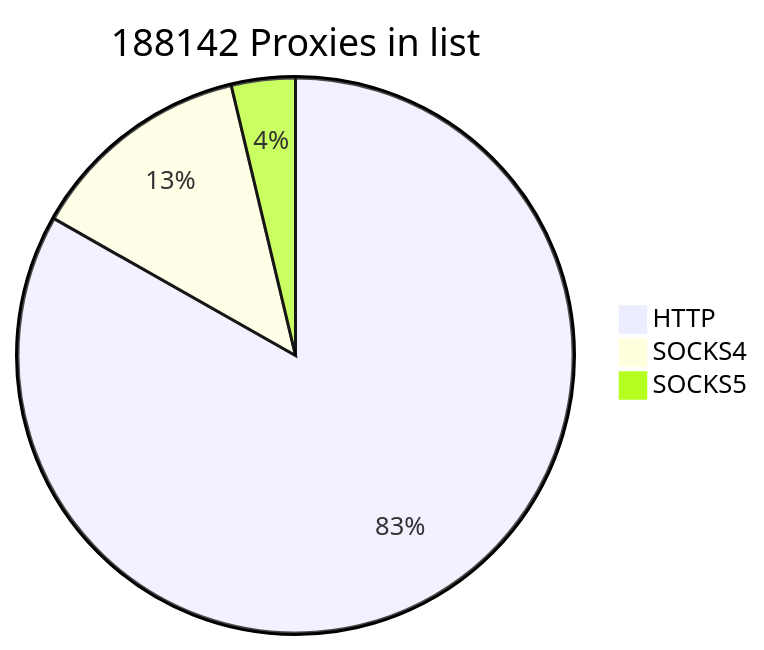
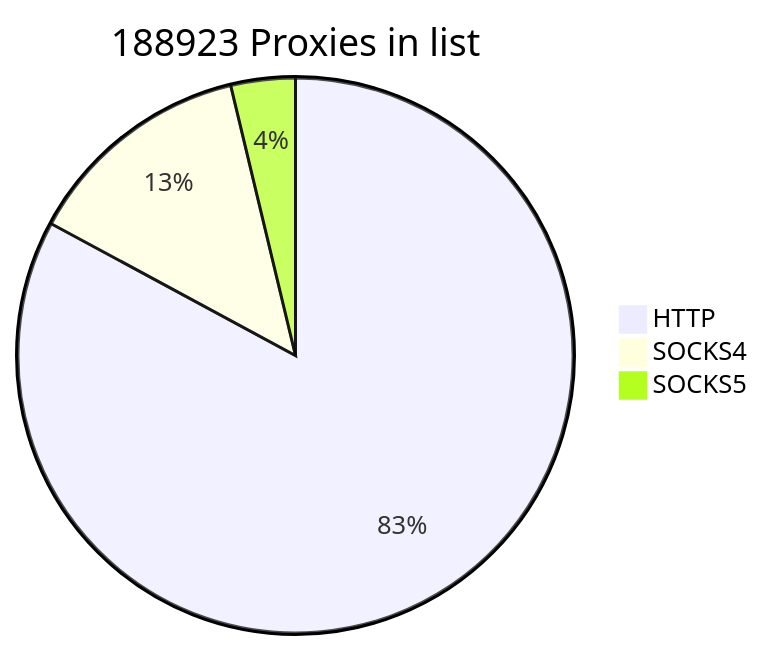
The first of 2 diagrams in README.md (cutipu/proxylist), drawn with Mermaid before and after one commit. The commit also changed other lines of this file, not shown here.

````diff
--- a/README.md
+++ b/README.md
@@ -2,7 +2,7 @@
 ```mermaid
-pie title 188142 Proxies in list
-    "HTTP" : 156548
-    "SOCKS4" : 24600
-    "SOCKS5" : 6994
+pie title 188923 Proxies in list
+    "HTTP" : 156571
+    "SOCKS4" : 25272
+    "SOCKS5" : 7080
             
 ```
````
